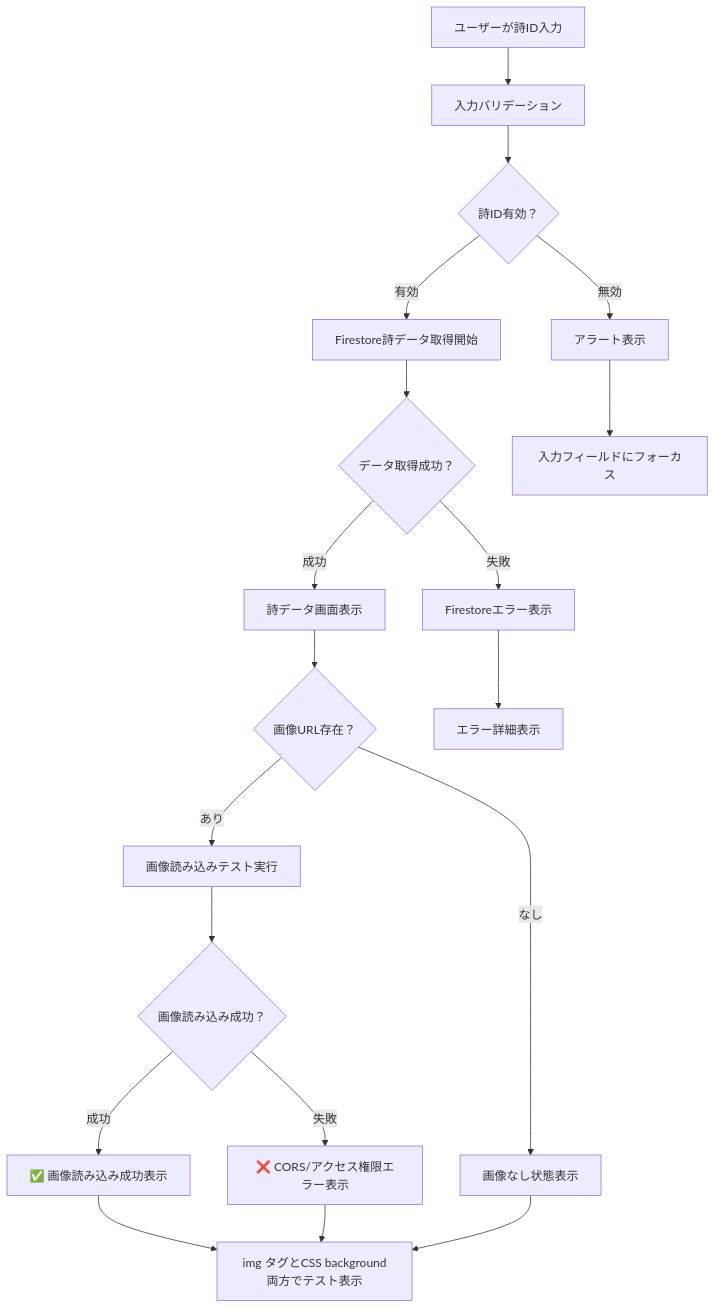
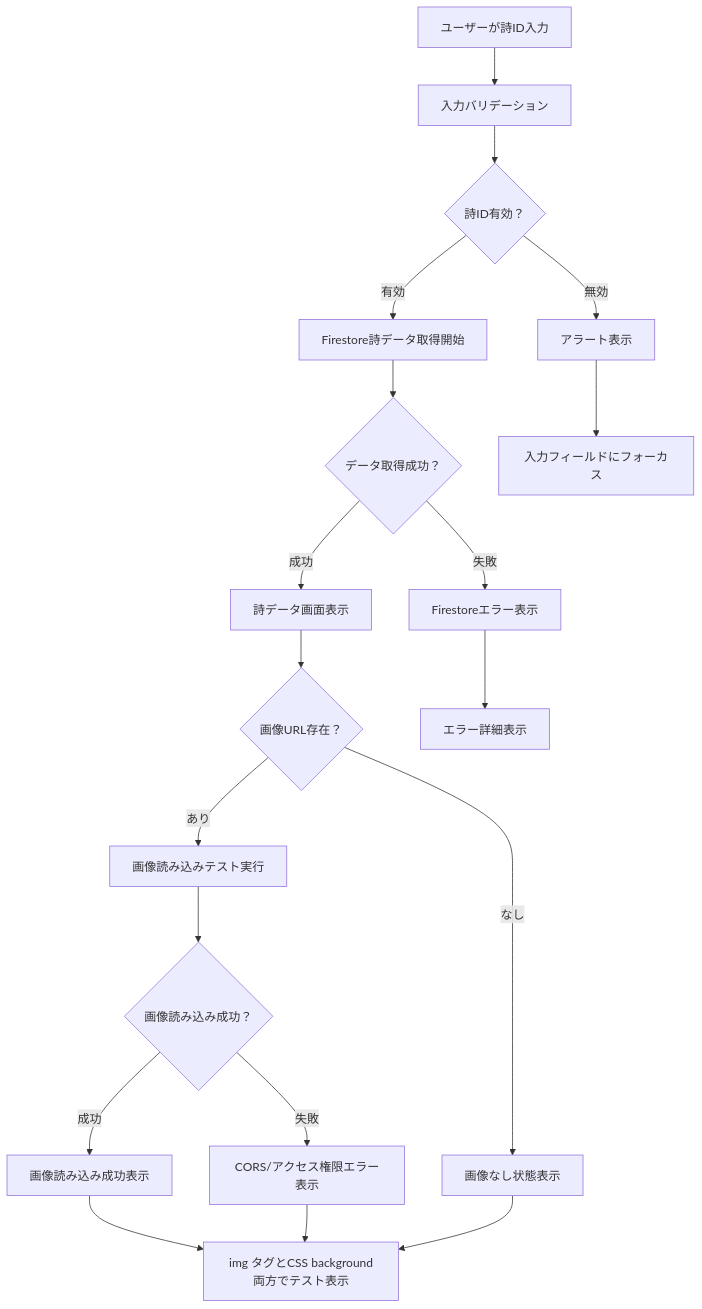
The second of 2 diagrams in doc/06_design_document/debug-page-design.md (mae616/kotonone), drawn with Mermaid before and after one commit. The commit also changed other lines of this file and 16 other files, not shown here.

````diff
--- a/doc/06_design_document/debug-page-design.md
+++ b/doc/06_design_document/debug-page-design.md
@@ -48,21 +48,21 @@
 ```mermaid
 flowchart TD
     A[ユーザーが詩ID入力] --> B[入力バリデーション]
     B --> C{詩ID有効？}
     C -->|無効| D[アラート表示]
     C -->|有効| E[Firestore詩データ取得開始]
     E --> F{データ取得成功？}
     F -->|失敗| G[Firestoreエラー表示]
     F -->|成功| H[詩データ画面表示]
     H --> I{画像URL存在？}
     I -->|なし| J[画像なし状態表示]
     I -->|あり| K[画像読み込みテスト実行]
     K --> L{画像読み込み成功？}
-    L -->|成功| M[✅ 画像読み込み成功表示]
-    L -->|失敗| N[❌ CORS/アクセス権限エラー表示]
+    L -->|成功| M[画像読み込み成功表示]
+    L -->|失敗| N[CORS/アクセス権限エラー表示]
     M --> O[img タグとCSS background両方でテスト表示]
     N --> O
     J --> O
     G --> P[エラー詳細表示]
     D --> Q[入力フィールドにフォーカス]
 ```
````
